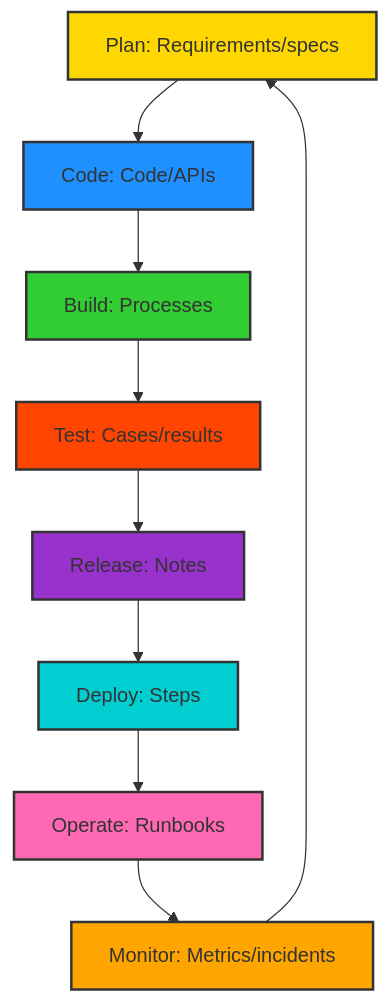
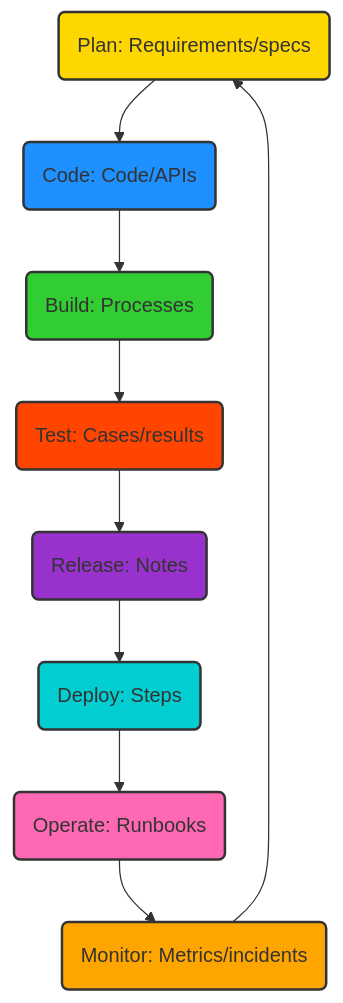
Before and after one commit to buckeye43210/markdown-to-snowkb: the fourth of 11 diagrams in README.md, drawn with Mermaid. The commit also changed other lines of this file and 1 other file, not shown here.

````diff
--- a/README.md
+++ b/README.md
@@ -240,29 +246,29 @@
 ```mermaid
 graph TD
-    A[Plan: Requirements/specs] --> B[Code: Code/APIs]
-    B --> C[Build: Processes]
-    C --> D[Test: Cases/results]
-    D --> E[Release: Notes]
-    E --> F[Deploy: Steps]
-    F --> G[Operate: Runbooks]
-    G --> H[Monitor: Metrics/incidents]
+    A(Plan: Requirements/specs) --> B(Code: Code/APIs)
+    B --> C(Build: Processes)
+    C --> D(Test: Cases/results)
+    D --> E(Release: Notes)
+    E --> F(Deploy: Steps)
+    F --> G(Operate: Runbooks)
+    G --> H(Monitor: Metrics/incidents)
     H --> A
 
     classDef plan fill:#FFD700,stroke:#333,stroke-width:2px;
     classDef code fill:#1E90FF,stroke:#333,stroke-width:2px;
     classDef build fill:#32CD32,stroke:#333,stroke-width:2px;
     classDef test fill:#FF4500,stroke:#333,stroke-width:2px;
     classDef release fill:#9932CC,stroke:#333,stroke-width:2px;
     classDef deploy fill:#00CED1,stroke:#333,stroke-width:2px;
     classDef operate fill:#FF69B4,stroke:#333,stroke-width:2px;
     classDef monitor fill:#FFA500,stroke:#333,stroke-width:2px;
 
     class A plan;
     class B code;
     class C build;
     class D test;
     class E release;
     class F deploy;
     class G operate;
     class H monitor;
 ```
````
